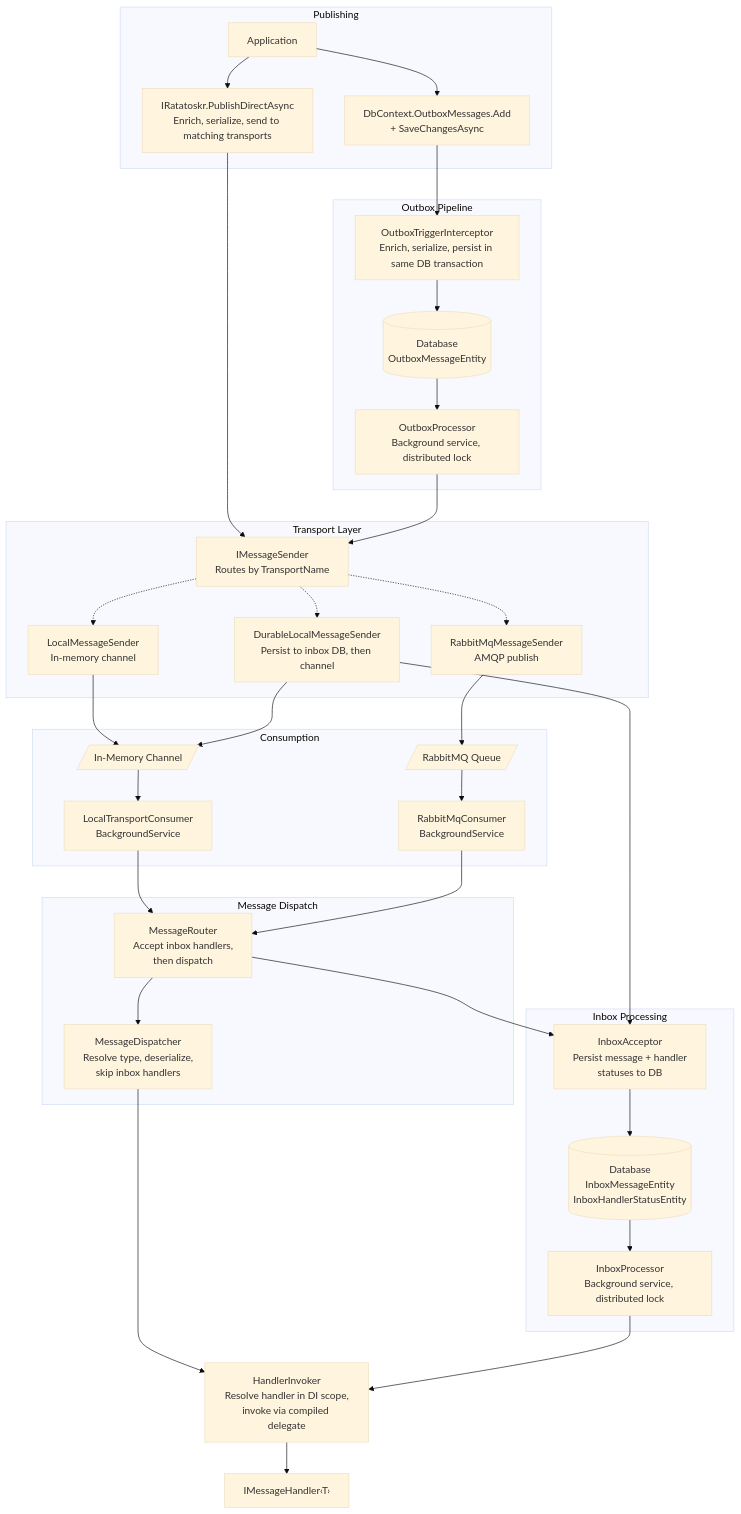
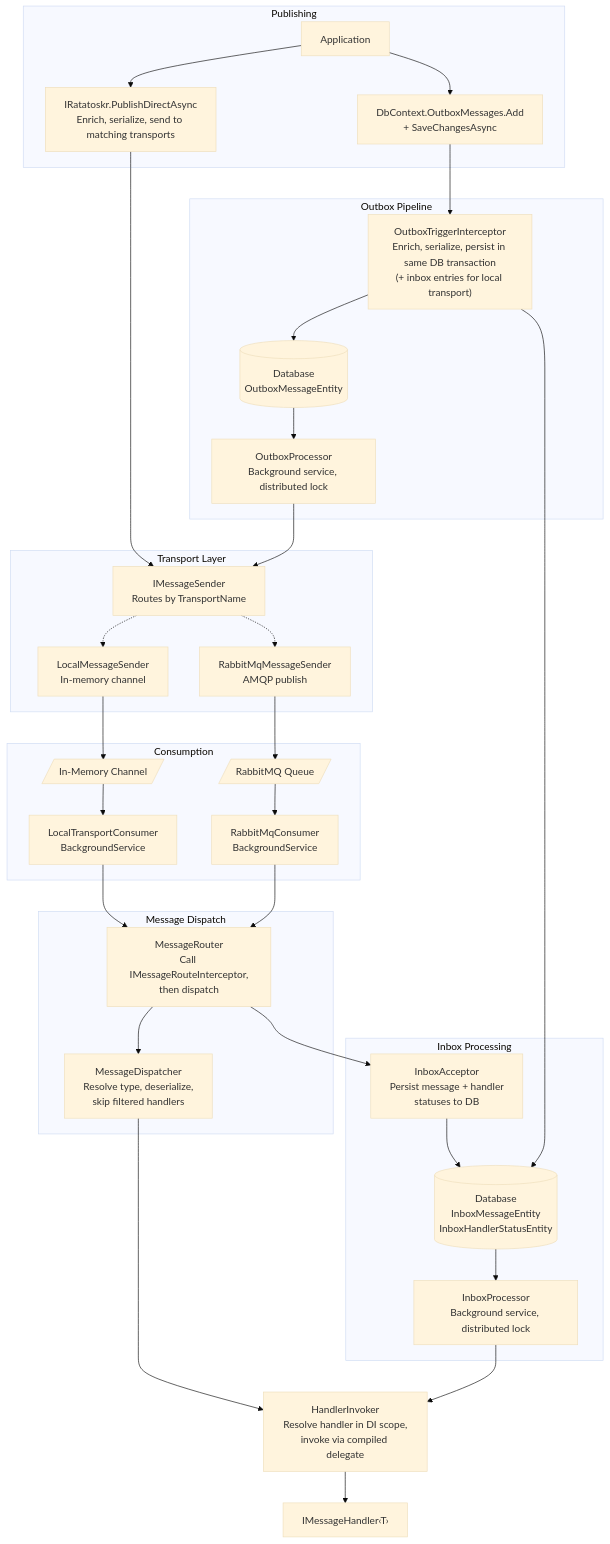
Before and after one commit to saithis/Ratatoskr: the second of 9 diagrams in docs/architecture.md, drawn with Mermaid (base theme). The commit also changed other lines of this file and 20 other files, not shown here.

````diff
--- a/docs/architecture.md
+++ b/docs/architecture.md
@@ -58,73 +56,70 @@
 ```mermaid
 flowchart TD
     subgraph Publish ["Publishing"]
         App["Application"]
         Direct["IRatatoskr.PublishDirectAsync\nEnrich, serialize, send to matching transports"]
         Outbox["DbContext.OutboxMessages.Add\n+ SaveChangesAsync"]
 
         App --> Direct
         App --> Outbox
     end
 
     subgraph OutboxPipeline ["Outbox Pipeline"]
-        Interceptor["OutboxTriggerInterceptor\nEnrich, serialize, persist in same DB transaction"]
+        Interceptor["OutboxTriggerInterceptor\nEnrich, serialize, persist in same DB transaction\n(+ inbox entries for local transport)"]
         OutboxDB[("Database\nOutboxMessageEntity")]
         OutboxProc["OutboxProcessor\nBackground service, distributed lock"]
 
         Outbox --> Interceptor
         Interceptor --> OutboxDB
         OutboxDB --> OutboxProc
     end
 
     subgraph Transport ["Transport Layer"]
         SenderInterface["IMessageSender\nRoutes by TransportName"]
         Local["LocalMessageSender\nIn-memory channel"]
-        Durable["DurableLocalMessageSender\nPersist to inbox DB, then channel"]
         RmqSend["RabbitMqMessageSender\nAMQP publish"]
 
         Direct --> SenderInterface
         OutboxProc --> SenderInterface
         SenderInterface -.-> Local
-        SenderInterface -.-> Durable
         SenderInterface -.-> RmqSend
     end
 
     subgraph Consume ["Consumption"]
         InMemCh[/"In-Memory Channel"/]
         RmqQueue[/"RabbitMQ Queue"/]
         LocalConsumer["LocalTransportConsumer\nBackgroundService"]
         RmqConsumer["RabbitMqConsumer\nBackgroundService"]
 
         Local --> InMemCh
-        Durable --> InMemCh
         RmqSend --> RmqQueue
         InMemCh --> LocalConsumer
         RmqQueue --> RmqConsumer
     end
 
     subgraph Dispatch ["Message Dispatch"]
-        Router["MessageRouter\nAccept inbox handlers,\nthen dispatch"]
-        Dispatcher["MessageDispatcher\nResolve type, deserialize,\nskip inbox handlers"]
+        Router["MessageRouter\nCall IMessageRouteInterceptor,\nthen dispatch"]
+        Dispatcher["MessageDispatcher\nResolve type, deserialize,\nskip filtered handlers"]
 
         LocalConsumer --> Router
         RmqConsumer --> Router
         Router --> Dispatcher
     end
 
     subgraph Inbox ["Inbox Processing"]
         InboxAccept["InboxAcceptor\nPersist message + handler\nstatuses to DB"]
         InboxDB[("Database\nInboxMessageEntity\nInboxHandlerStatusEntity")]
         InboxProc["InboxProcessor\nBackground service, distributed lock"]
 
-        Durable --> InboxAccept
+        Interceptor --> InboxDB
         Router --> InboxAccept
         InboxAccept --> InboxDB
         InboxDB --> InboxProc
     end
 
     Invoker["HandlerInvoker\nResolve handler in DI scope,\ninvoke via compiled delegate"]
     Handler["IMessageHandler‹T›"]
     Dispatcher --> Invoker
     InboxProc --> Invoker
     Invoker --> Handler
 ```
````
